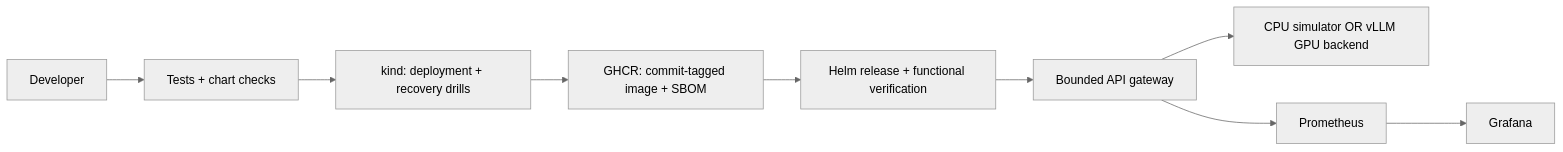
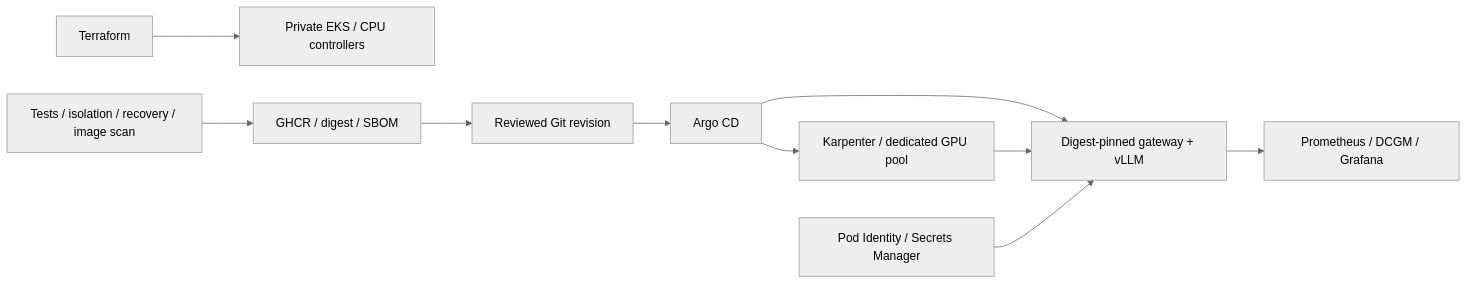
The diagram in README.md (pranaysparihar/model-ops), drawn with Mermaid (neutral theme) before and after one commit. The commit also changed other lines of this file and 47 other files, not shown here.

Commit message:
Build AWS GPU platform with GitOps, workload identity and isolation evidence

````diff
--- a/README.md
+++ b/README.md
@@ -23,11 +25,12 @@
 ```mermaid
 flowchart LR
-    Developer --> CI[Tests + chart checks]
-    CI --> Lab[kind: deployment + recovery drills]
-    Lab --> Registry[GHCR: commit-tagged image + SBOM]
-    Registry --> Release[Helm release + functional verification]
-    Release --> Gateway[Bounded API gateway]
-    Gateway --> Backend[CPU simulator OR vLLM GPU backend]
-    Gateway --> Metrics[Prometheus]
-    Metrics --> Dashboard[Grafana]
+    Terraform --> EKS[Private EKS / CPU controllers]
+    Git[Reviewed Git revision] --> Argo[Argo CD]
+    Argo --> Capacity[Karpenter / dedicated GPU pool]
+    Argo --> Workload[Digest-pinned gateway + vLLM]
+    Capacity --> Workload
+    IAM[Pod Identity / Secrets Manager] --> Workload
+    Workload --> Metrics[Prometheus / DCGM / Grafana]
+    CI[Tests / isolation / recovery / image scan] --> Registry[GHCR / digest / SBOM]
+    Registry --> Git
 ```
````
